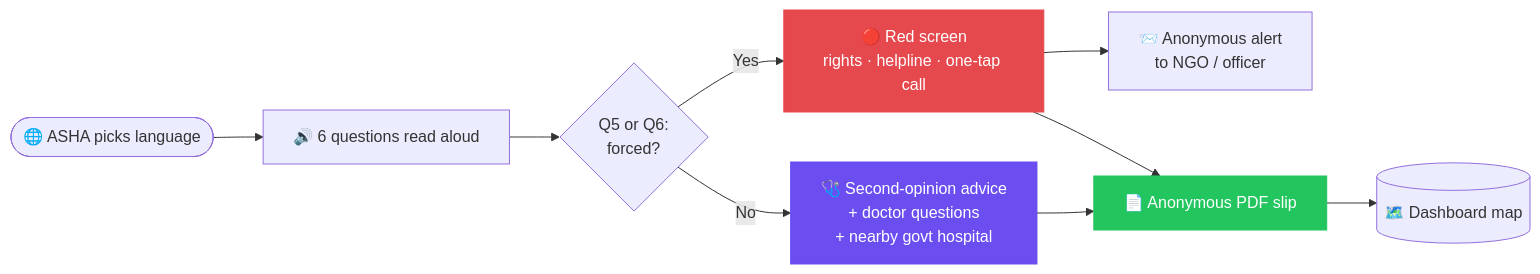
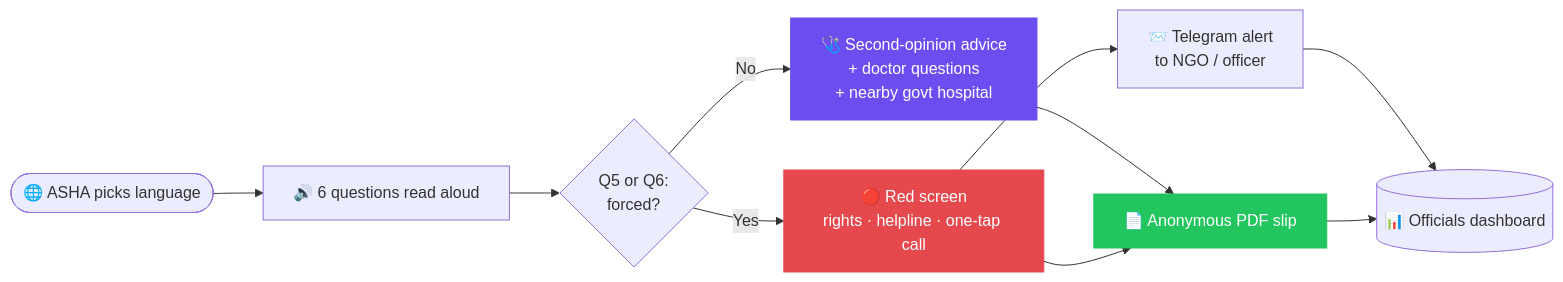
The diagram in README.md (sharanyashetty013-droid/Zaroori_-Two-Pointers-), drawn with Mermaid before and after one commit. The commit also changed other lines of this file, not shown here.

````diff
--- a/README.md
+++ b/README.md
@@ -87,14 +96,15 @@
 ```mermaid
 flowchart LR
     A([🌐 ASHA picks language]) --> B[🔊 6 questions read aloud]
     B --> C{Q5 or Q6:<br/>forced?}
     C -- No --> D[🩺 Second-opinion advice<br/>+ doctor questions<br/>+ nearby govt hospital]
     C -- Yes --> E[🔴 Red screen<br/>rights · helpline · one-tap call]
-    E --> F[📨 Anonymous alert<br/>to NGO / officer]
+    E --> F[📨 Telegram alert<br/>to NGO / officer]
     D --> G[📄 Anonymous PDF slip]
     E --> G
-    G --> H[(🗺️ Dashboard map)]
+    F --> H[(📊 Officials dashboard)]
+    G --> H
     style E fill:#e5484d,color:#fff,stroke:#e5484d
     style D fill:#6b4df0,color:#fff,stroke:#6b4df0
     style G fill:#22c55e,color:#fff,stroke:#22c55e
 ```
````
